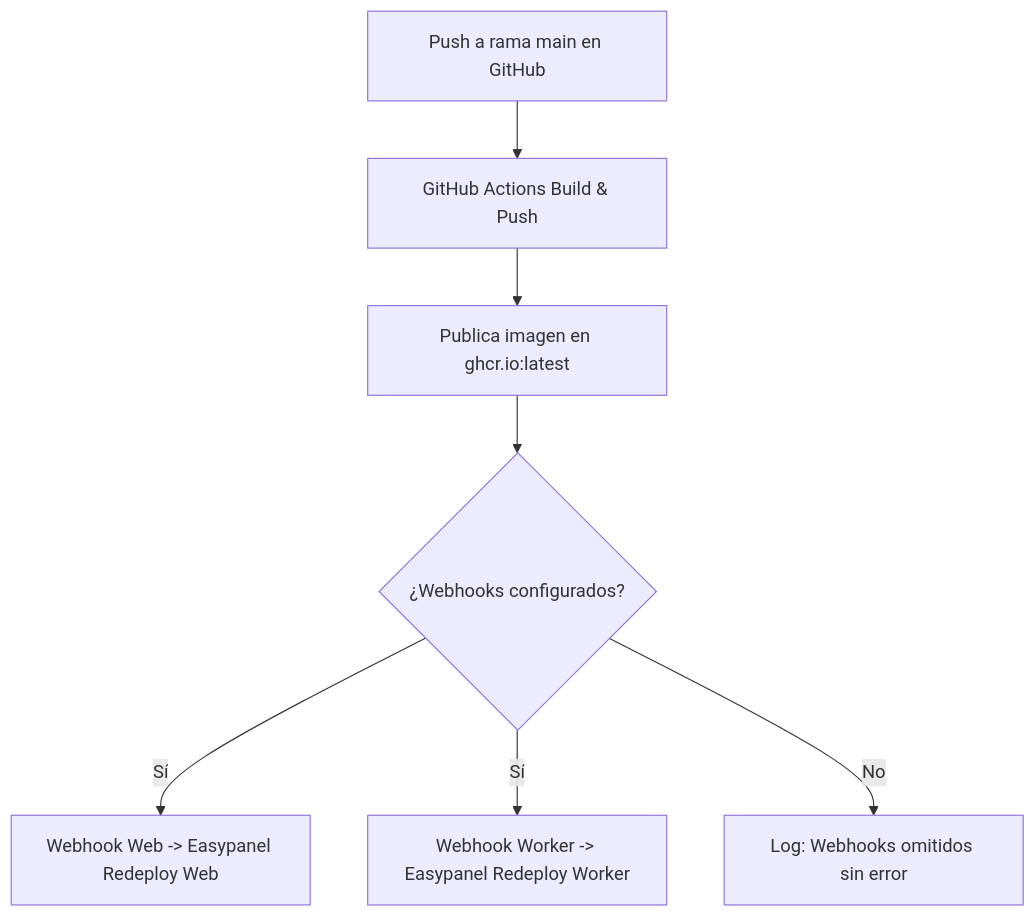
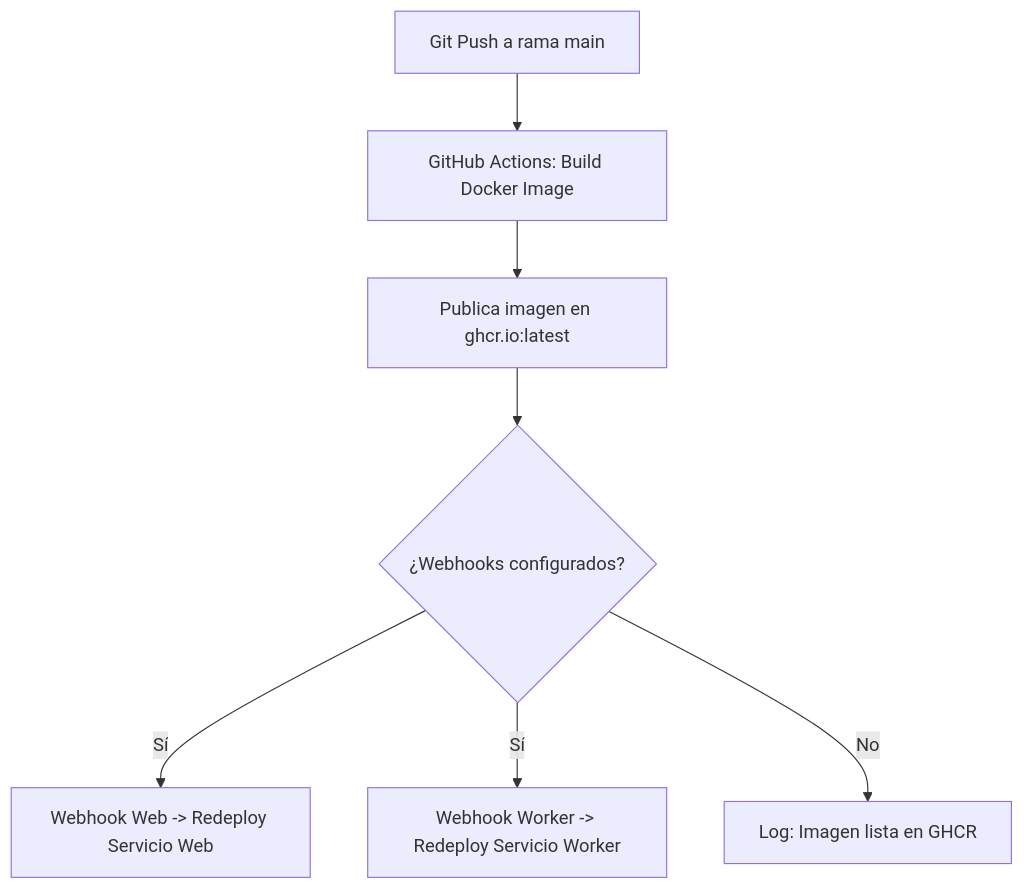
Before and after one commit to rrortega/montessorinexus: the second of 2 diagrams in DEPLOY.md, drawn with Mermaid. The commit also changed other lines of this file and 59 other files, not shown here.

````diff
--- a/DEPLOY.md
+++ b/DEPLOY.md
@@ -161,9 +154,9 @@
 ```mermaid
 graph TD
-    A[Push a rama main en GitHub] --> B[GitHub Actions Build & Push]
+    A[Git Push a rama main] --> B[GitHub Actions: Build Docker Image]
     B --> C[Publica imagen en ghcr.io:latest]
     C --> D{¿Webhooks configurados?}
-    D -- Sí --> E1[Webhook Web -> Easypanel Redeploy Web]
-    D -- Sí --> E2[Webhook Worker -> Easypanel Redeploy Worker]
-    D -- No --> F[Log: Webhooks omitidos sin error]
+    D -- Sí --> E1[Webhook Web -> Redeploy Servicio Web]
+    D -- Sí --> E2[Webhook Worker -> Redeploy Servicio Worker]
+    D -- No --> F[Log: Imagen lista en GHCR]
 ```
````
